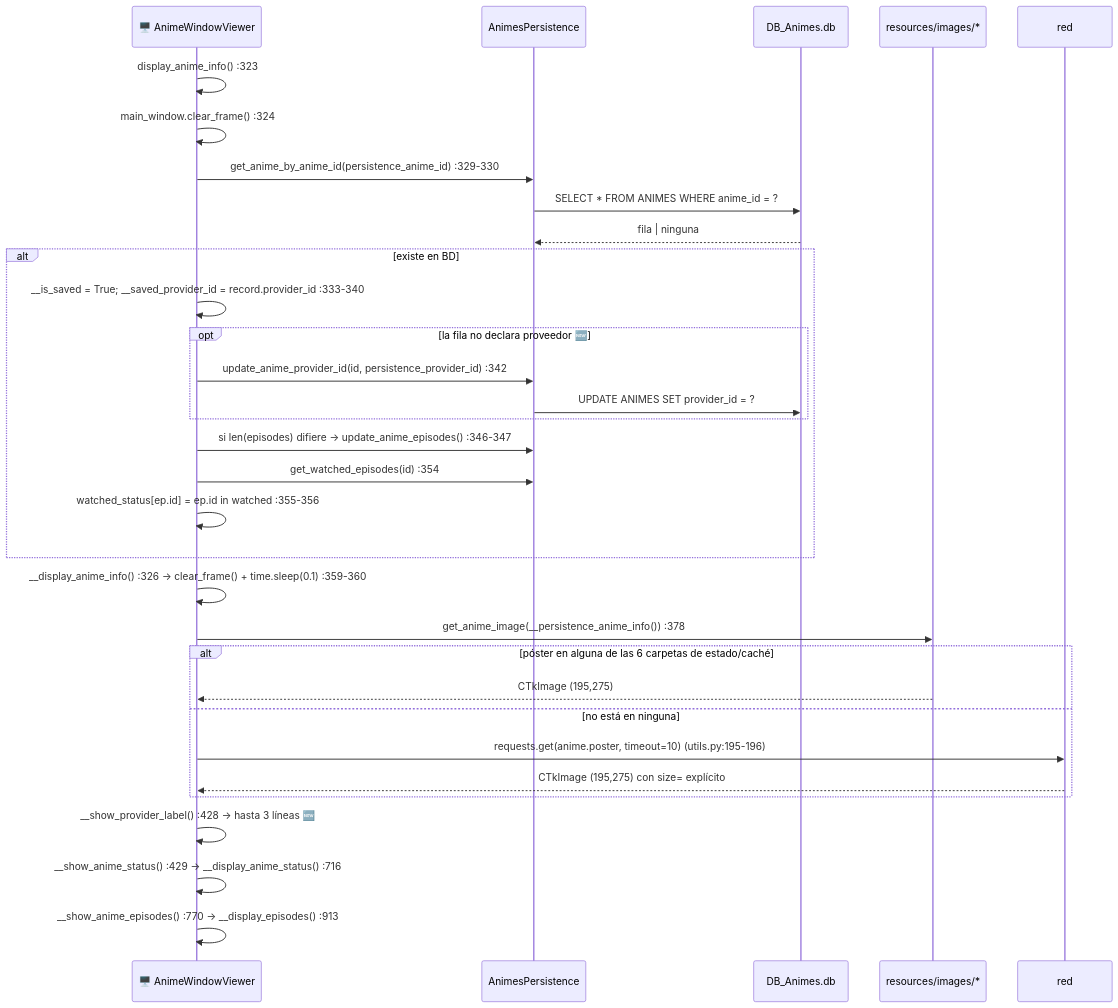
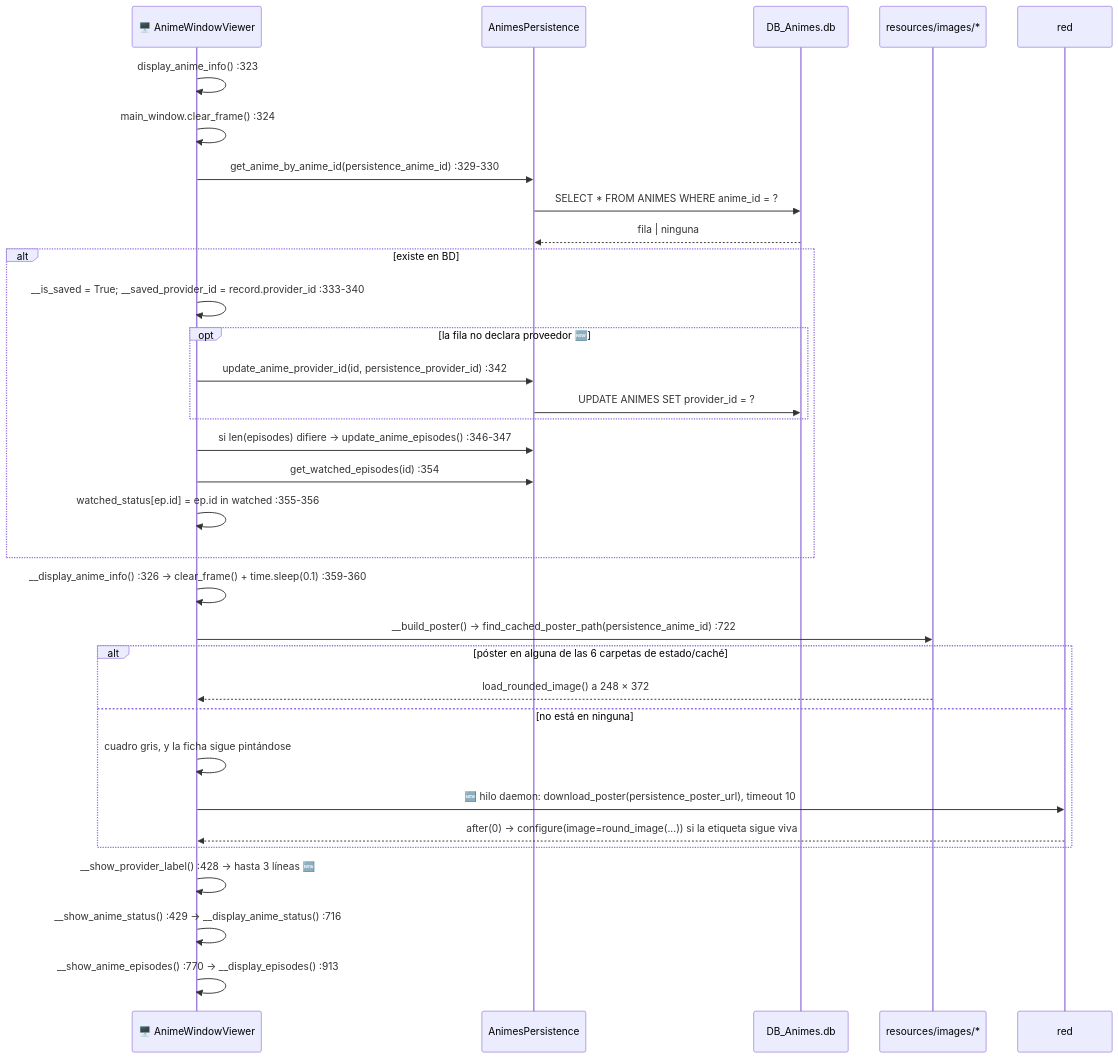
One commit to DavidEscri/BibliotecaAnime changed the fifth of 16 diagrams in .claude/docs/03-flujos-de-ejecucion.md. Above: the diagram before and after it, drawn with Mermaid. The commit also changed other lines of this file and 11 other files, not shown here.

````diff
--- a/.claude/docs/03-flujos-de-ejecucion.md
+++ b/.claude/docs/03-flujos-de-ejecucion.md
@@ -235,35 +239,36 @@
 ```mermaid
 sequenceDiagram
     participant AW as 🖥️ AnimeWindowViewer
     participant P as AnimesPersistence
     participant DB as DB_Animes.db
     participant FS as resources/images/*
     participant NET as red
 
     AW->>AW: display_anime_info() :323
     AW->>AW: main_window.clear_frame() :324
     AW->>P: get_anime_by_anime_id(persistence_anime_id) :329-330
     P->>DB: SELECT * FROM ANIMES WHERE anime_id = ?
     DB-->>P: fila | ninguna
     alt existe en BD
         AW->>AW: __is_saved = True#59; __saved_provider_id = record.provider_id :333-340
         opt la fila no declara proveedor 🆕
             AW->>P: update_anime_provider_id(id, persistence_provider_id) :342
             P->>DB: UPDATE ANIMES SET provider_id = ?
         end
         AW->>P: si len(episodes) difiere → update_anime_episodes() :346-347
         AW->>P: get_watched_episodes(id) :354
         AW->>AW: watched_status[ep.id] = ep.id in watched :355-356
     end
     AW->>AW: __display_anime_info() :326 → clear_frame() + time.sleep(0.1) :359-360
-    AW->>FS: get_anime_image(__persistence_anime_info()) :378
+    AW->>FS: __build_poster() → find_cached_poster_path(persistence_anime_id) :722
     alt póster en alguna de las 6 carpetas de estado/caché
-        FS-->>AW: CTkImage (195,275)
+        FS-->>AW: load_rounded_image() a 248 × 372
     else no está en ninguna
-        AW->>NET: requests.get(anime.poster, timeout=10) (utils.py:195-196)
-        NET-->>AW: CTkImage (195,275) con size= explícito
+        AW->>AW: cuadro gris, y la ficha sigue pintándose
+        AW->>NET: 🆕 hilo daemon: download_poster(persistence_poster_url), timeout 10
+        NET-->>AW: after(0) → configure(image=round_image(...)) si la etiqueta sigue viva
     end
     AW->>AW: __show_provider_label() :428 → hasta 3 líneas 🆕
     AW->>AW: __show_anime_status() :429 → __display_anime_status() :716
     AW->>AW: __show_anime_episodes() :770 → __display_episodes() :913
 ```
````
